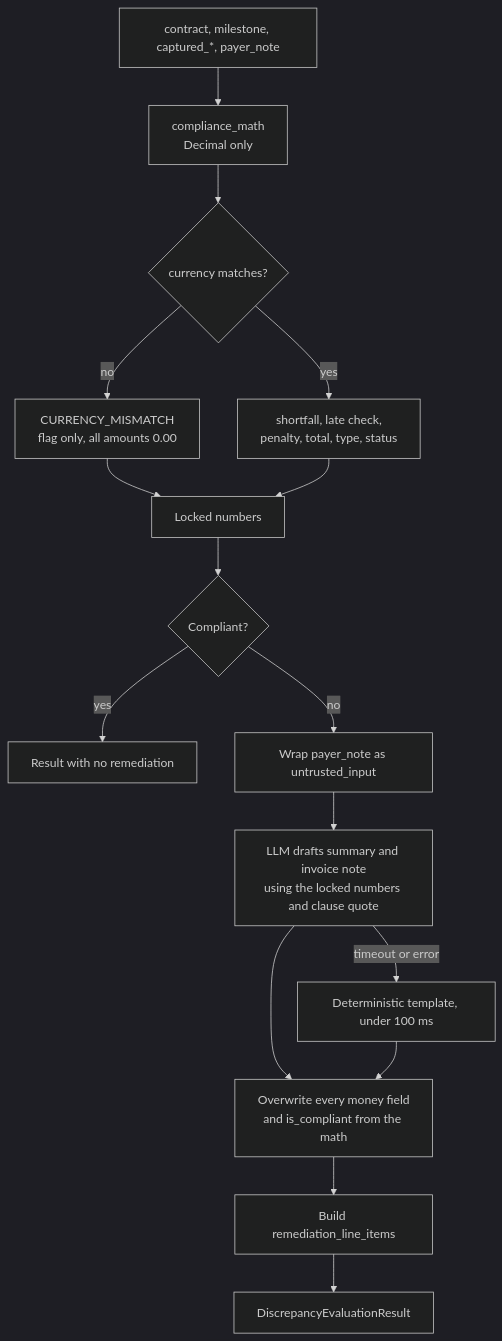
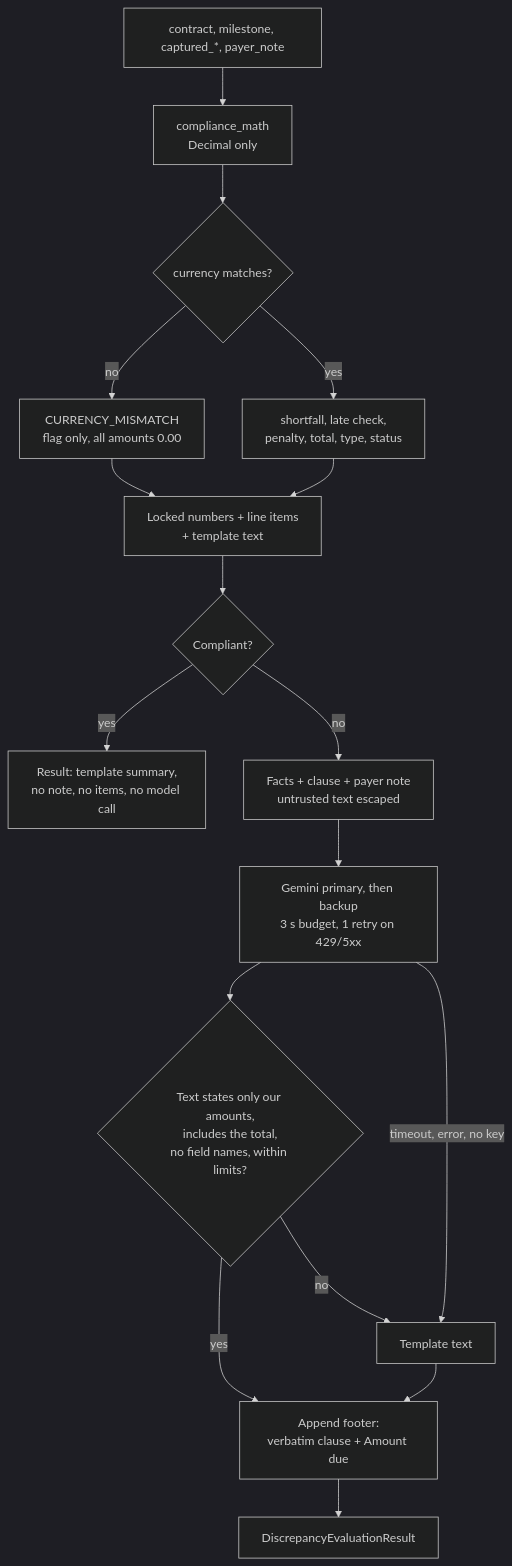
Before and after one commit to Ahmed-fall/PaypalContractor: the third of 3 diagrams in backend/app/ai/WORKFLOW.md, drawn with Mermaid (dark theme). The commit also changed other lines of this file and 1 other file, not shown here.

Commit message:
docs(ai): update plan, workflow and P1 handoff notes

````diff
--- a/backend/app/ai/WORKFLOW.md
+++ b/backend/app/ai/WORKFLOW.md
@@ -93,18 +93,19 @@
 ```mermaid
 flowchart TD
     I[contract, milestone, captured_*, payer_note] --> M[compliance_math<br/>Decimal only]
     M --> T{currency matches?}
     T -- no --> CM[CURRENCY_MISMATCH<br/>flag only, all amounts 0.00]
     T -- yes --> S[shortfall, late check,<br/>penalty, total, type, status]
     CM --> N
-    S --> N[Locked numbers]
+    S --> N[Locked numbers + line items<br/>+ template text]
     N --> Q{Compliant?}
-    Q -- yes --> OUT0[Result with no remediation]
-    Q -- no --> W[Wrap payer_note as untrusted_input]
-    W --> LLM[LLM drafts summary and invoice note<br/>using the locked numbers and clause quote]
-    LLM -->|timeout or error| TF[Deterministic template, under 100 ms]
-    LLM --> OV[Overwrite every money field<br/>and is_compliant from the math]
-    TF --> OV
-    OV --> LI[Build remediation_line_items]
-    LI --> OUT[DiscrepancyEvaluationResult]
+    Q -- yes --> OUT0[Result: template summary,<br/>no note, no items, no model call]
+    Q -- no --> W[Facts + clause + payer note<br/>untrusted text escaped]
+    W --> LLM[Gemini primary, then backup<br/>3 s budget, 1 retry on 429/5xx]
+    LLM --> CK{Text states only our amounts,<br/>includes the total,<br/>no field names, within limits?}
+    CK -- yes --> FT
+    CK -- no --> TF[Template text]
+    LLM -->|timeout, error, no key| TF
+    TF --> FT[Append footer:<br/>verbatim clause + Amount due]
+    FT --> OUT[DiscrepancyEvaluationResult]
 ```
````
